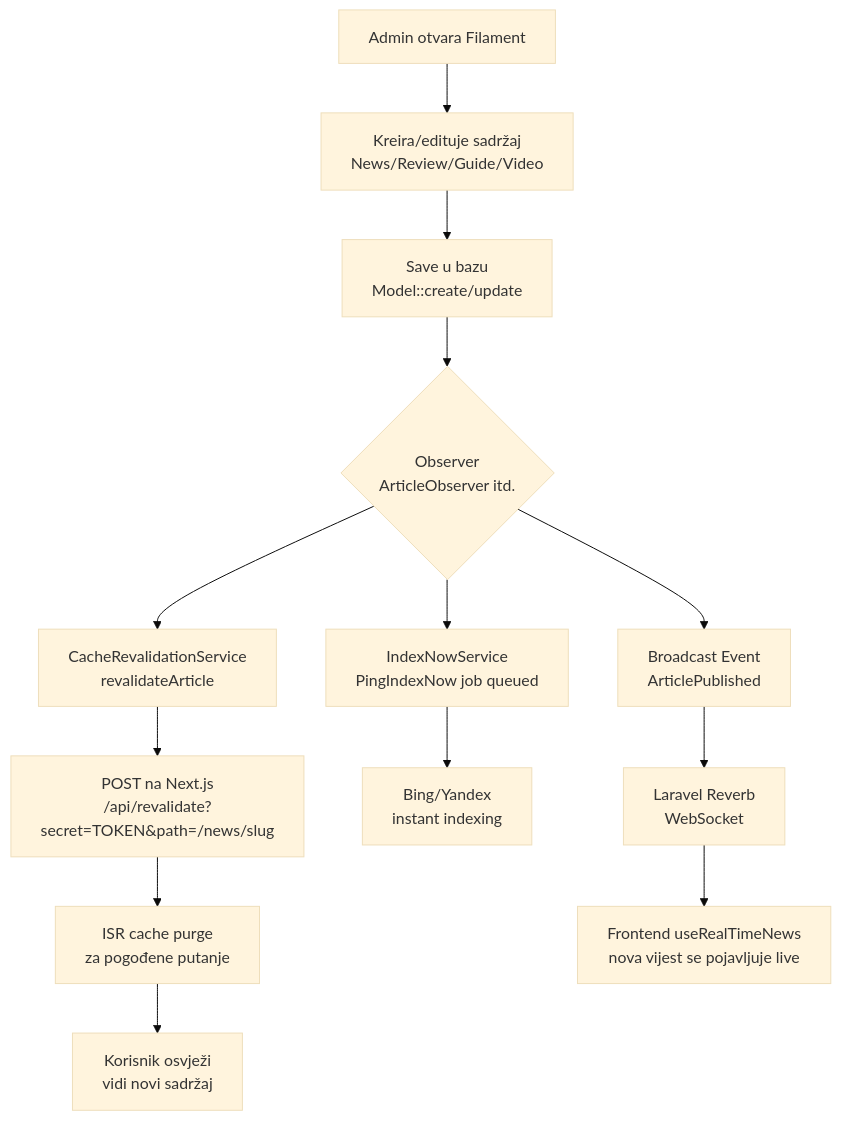
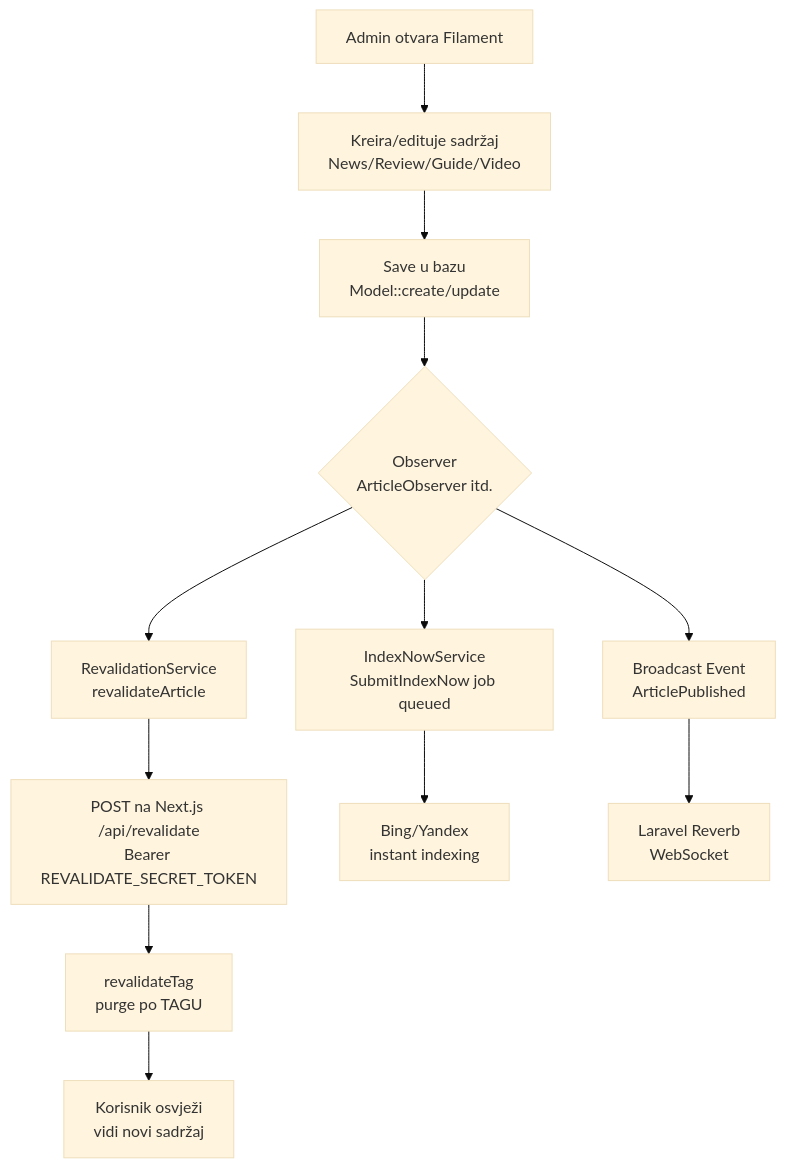
Before and after one commit to AdiZeljkovic/techplay: the second of 7 diagrams in docs/30-architecture-diagrams.md, drawn with Mermaid (base theme). The commit also changed other lines of this file and 77 other files, not shown here.

````diff
--- a/docs/30-architecture-diagrams.md
+++ b/docs/30-architecture-diagrams.md
@@ -71,15 +71,14 @@
 ```mermaid
 flowchart TD
     A[Admin otvara Filament] --> B[Kreira/edituje sadržaj<br/>News/Review/Guide/Video]
     B --> C[Save u bazu<br/>Model::create/update]
     C --> D{Observer<br/>ArticleObserver itd.}
-    D --> E[CacheRevalidationService<br/>revalidateArticle]
-    E --> F[POST na Next.js<br/>/api/revalidate?secret=TOKEN&path=/news/slug]
-    F --> G[ISR cache purge<br/>za pogođene putanje]
-    D --> H[IndexNowService<br/>PingIndexNow job queued]
+    D --> E[RevalidationService<br/>revalidateArticle]
+    E --> F[POST na Next.js /api/revalidate<br/>Bearer REVALIDATE_SECRET_TOKEN]
+    F --> G[revalidateTag<br/>purge po TAGU]
+    D --> H[IndexNowService<br/>SubmitIndexNow job queued]
     H --> I[Bing/Yandex<br/>instant indexing]
     D --> J[Broadcast Event<br/>ArticlePublished]
     J --> K[Laravel Reverb<br/>WebSocket]
-    K --> L[Frontend useRealTimeNews<br/>nova vijest se pojavljuje live]
     G --> M[Korisnik osvježi<br/>vidi novi sadržaj]
 ```
````
